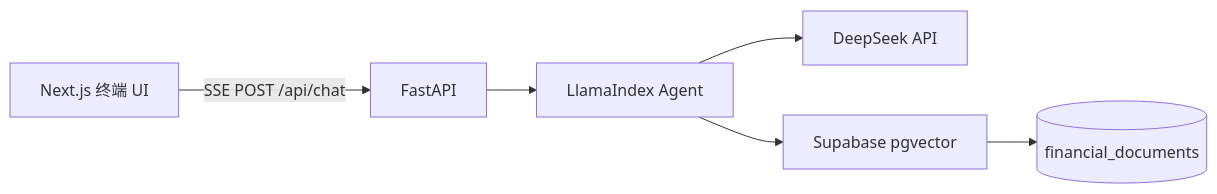
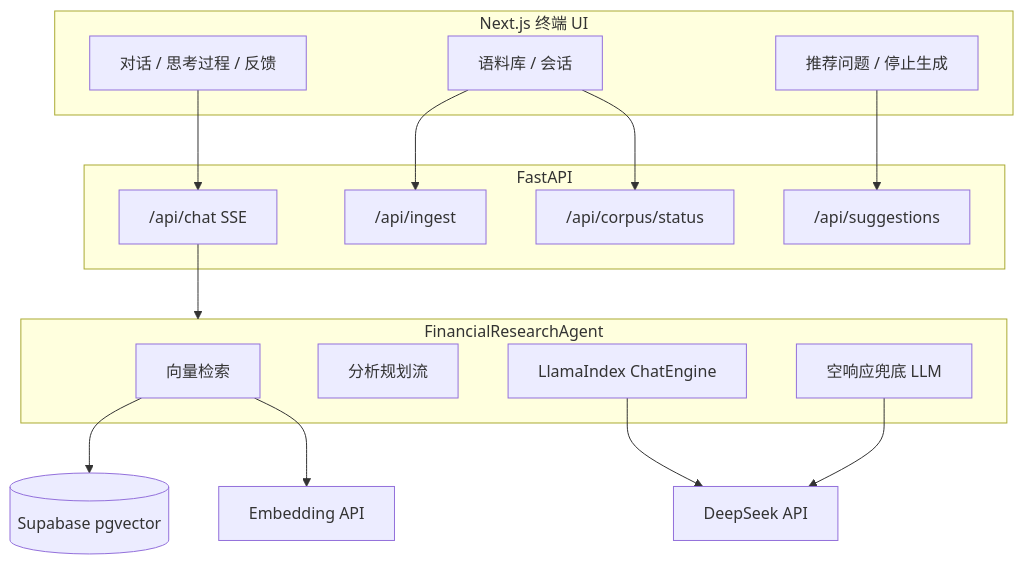
Before and after one commit to FrontEnd-Liang/Finsight-dashboard: the diagram in README.md, drawn with Mermaid. The commit also changed other lines of this file, not shown here.

````diff
--- a/README.md
+++ b/README.md
@@ -9,8 +23,32 @@
 ```mermaid
-flowchart LR
-  UI[Next.js 终端 UI] -->|SSE POST /api/chat| API[FastAPI]
-  API --> Agent[LlamaIndex Agent]
-  Agent --> LLM[DeepSeek API]
-  Agent --> VS[Supabase pgvector]
-  VS --> DB[(financial_documents)]
+flowchart TB
+  subgraph Frontend["Next.js 终端 UI"]
+    Chat[对话 / 思考过程 / 反馈]
+    Side[语料库 / 会话]
+    Input[推荐问题 / 停止生成]
+  end
+
+  subgraph API["FastAPI"]
+    ChatAPI["/api/chat SSE"]
+    Ingest["/api/ingest"]
+    Suggest["/api/suggestions"]
+    Status["/api/corpus/status"]
+  end
+
+  subgraph Agent["FinancialResearchAgent"]
+    Retrieve[向量检索]
+    Think[分析规划流]
+    RAG[LlamaIndex ChatEngine]
+    Fallback[空响应兜底 LLM]
+  end
+
+  Chat --> ChatAPI
+  Side --> Ingest
+  Side --> Status
+  Input --> Suggest
+  ChatAPI --> Agent
+  Retrieve --> VS[(Supabase pgvector)]
+  RAG --> LLM[DeepSeek API]
+  Fallback --> LLM
+  Retrieve --> Embed[Embedding API]
 ```
````
